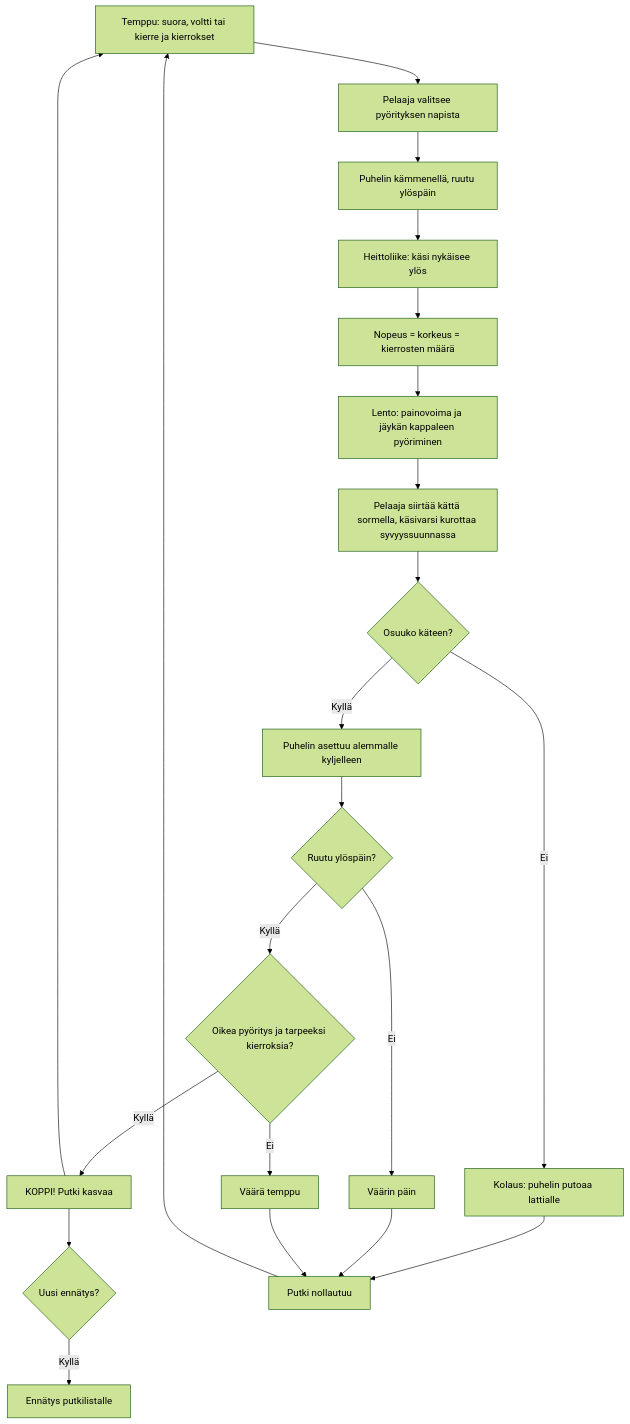
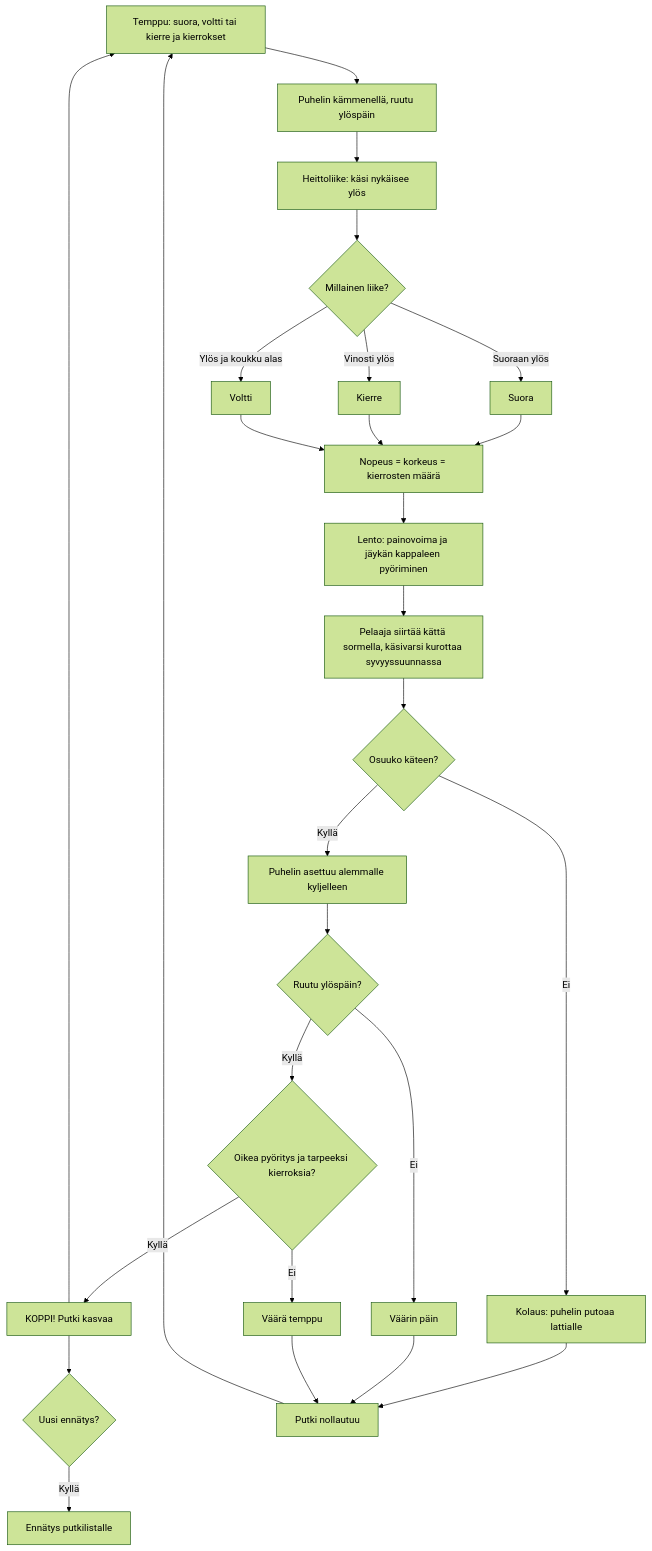
Before and after one commit to eerovil/ai-pelit: the diagram in docs/diagrams/puhelinkoppi.md, drawn with Mermaid (forest theme). The commit also changed other lines of this file and 4 other files, not shown here.

````diff
--- a/docs/diagrams/puhelinkoppi.md
+++ b/docs/diagrams/puhelinkoppi.md
@@ -11,30 +13,36 @@
 ```mermaid
 flowchart TD
-  T[Temppu: suora, voltti tai kierre ja kierrokset] --> P[Pelaaja valitsee pyörityksen napista]
-  P --> A[Puhelin kämmenellä, ruutu ylöspäin]
+  T[Temppu: suora, voltti tai kierre ja kierrokset] --> A[Puhelin kämmenellä, ruutu ylöspäin]
   A --> B[Heittoliike: käsi nykäisee ylös]
-  B --> C[Nopeus = korkeus = kierrosten määrä]
+  B --> P{Millainen liike?}
+  P -- Suoraan ylös --> P1[Suora]
+  P -- Vinosti ylös --> P2[Kierre]
+  P -- Ylös ja koukku alas --> P3[Voltti]
+  P1 --> C[Nopeus = korkeus = kierrosten määrä]
+  P2 --> C
+  P3 --> C
   C --> D[Lento: painovoima ja jäykän kappaleen pyöriminen]
   D --> E[Pelaaja siirtää kättä sormella, käsivarsi kurottaa syvyyssuunnassa]
   E --> F{Osuuko käteen?}
   F -- Ei --> G[Kolaus: puhelin putoaa lattialle]
   F -- Kyllä --> H[Puhelin asettuu alemmalle kyljelleen]
   H --> I{Ruutu ylöspäin?}
   I -- Ei --> J[Väärin päin]
   I -- Kyllä --> K{Oikea pyöritys ja tarpeeksi kierroksia?}
   K -- Ei --> J2[Väärä temppu]
   K -- Kyllä --> L[KOPPI! Putki kasvaa]
   L --> R{Uusi ennätys?}
   R -- Kyllä --> S[Ennätys putkilistalle]
   G --> Z[Putki nollautuu]
   J --> Z
   J2 --> Z
   Z --> T
   L --> T
-  class P,A,B,E blue
-  class F,I,K,R amber
+  class A,B,E blue
+  class P1,P2,P3 teal
+  class P,F,I,K,R amber
   class C,D,H teal
   class T violet
   class L,S green
   class G,J,J2,Z rose
 ```
````
